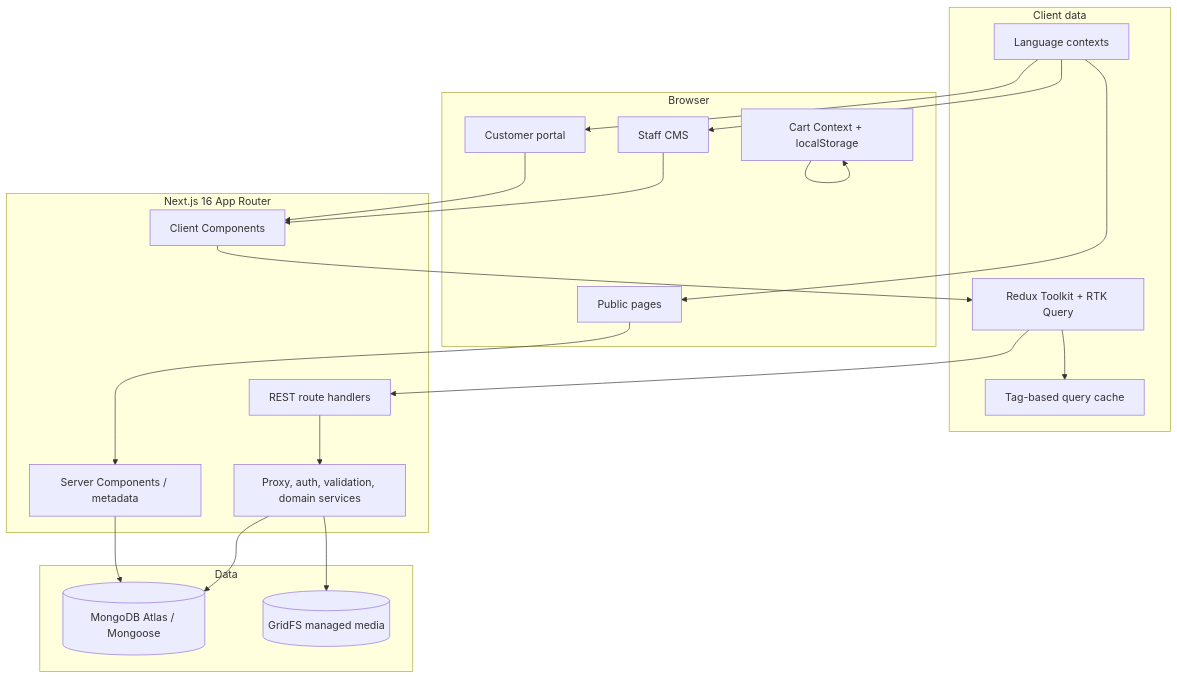
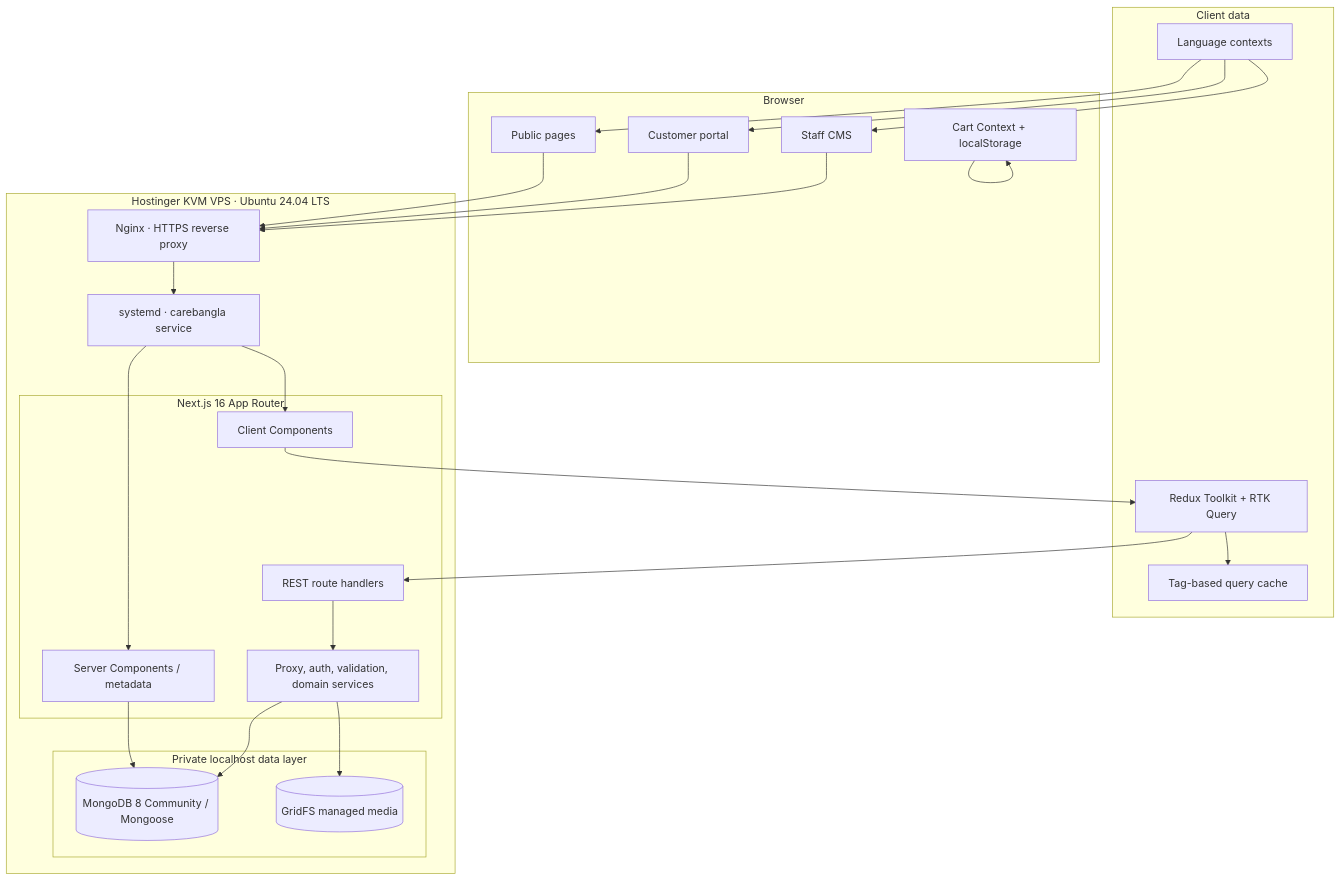
The first of 6 diagrams in README.md (zakaria-akash/care-bangla-group-web-application), drawn with Mermaid before and after one commit. The commit also changed other lines of this file and 2 other files, not shown here.

Commit message:
Enhance project documentation with VPS deployment observations and operational details; update README for current staging status and technical specifications.

````diff
--- a/README.md
+++ b/README.md
@@ -67,40 +69,48 @@
 ```mermaid
 flowchart TB
   subgraph Browser["Browser"]
     P["Public pages"]
     U["Customer portal"]
     A["Staff CMS"]
     Cart["Cart Context + localStorage"]
   end
 
   subgraph Client_Data["Client data"]
     RTK["Redux Toolkit + RTK Query"]
     Cache["Tag-based query cache"]
     Lang["Language contexts"]
   end
 
-  subgraph NextJS["Next.js 16 App Router"]
+  subgraph VPS["Hostinger KVM VPS · Ubuntu 24.04 LTS"]
+    Nginx["Nginx · HTTPS reverse proxy"]
+    Service["systemd · carebangla service"]
+
+    subgraph NextJS["Next.js 16 App Router"]
     SC["Server Components / metadata"]
     CC["Client Components"]
     API["REST route handlers"]
     Guard["Proxy, auth, validation, domain services"]
+    end
+
+    subgraph Data["Private localhost data layer"]
+      Mongo[("MongoDB 8 Community / Mongoose")]
+      GridFS[("GridFS managed media")]
+    end
   end
 
-  subgraph Data["Data"]
-    Mongo[("MongoDB Atlas / Mongoose")]
-    GridFS[("GridFS managed media")]
-  end
-
-  P --> SC
-  U --> CC
-  A --> CC
+  P --> Nginx
+  U --> Nginx
+  A --> Nginx
+  Nginx --> Service
+  Service --> SC
+  Service --> CC
   CC --> RTK --> Cache
   Cart --> Cart
   RTK --> API
   SC --> Mongo
   API --> Guard --> Mongo
   Guard --> GridFS
   Lang --> P
   Lang --> U
   Lang --> A
 ```
````
